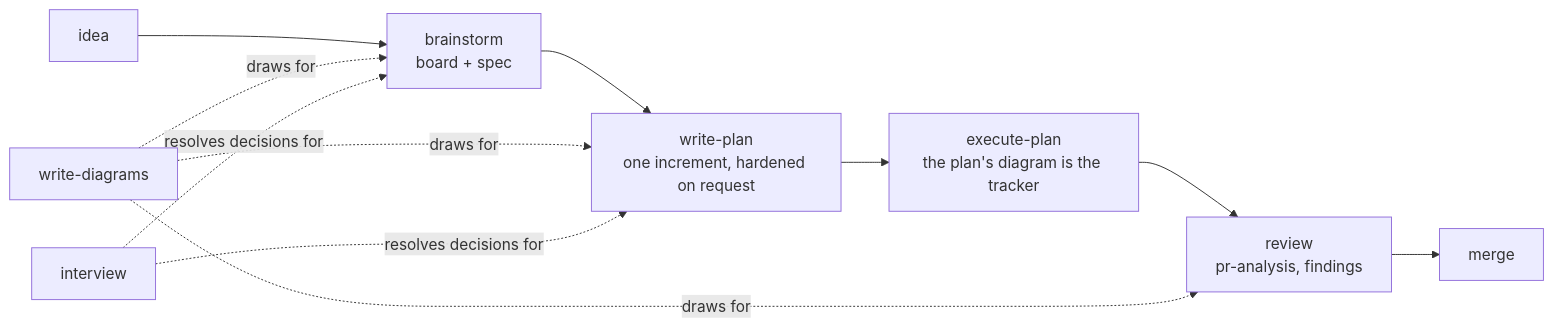
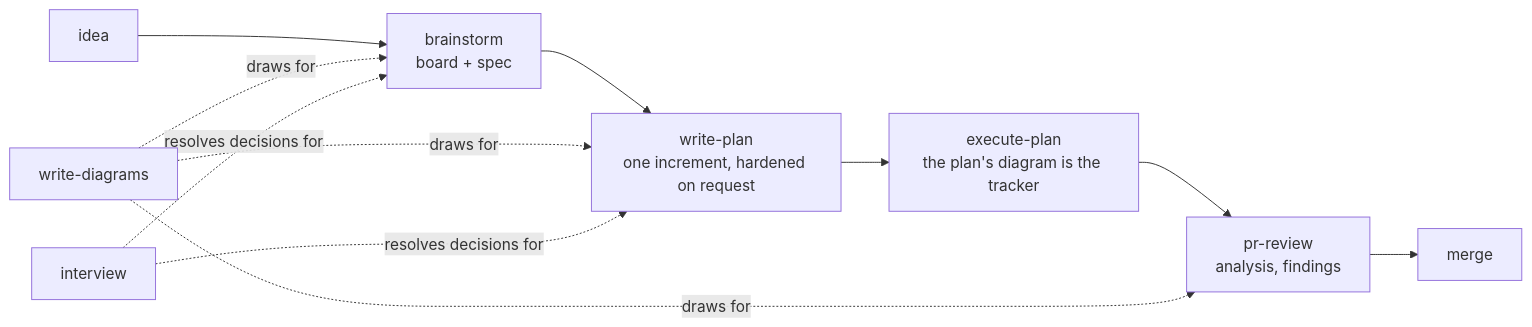
The diagram in README.md (Ovich/charrette), drawn with Mermaid before and after one commit. The commit also changed other lines of this file and 8 other files, not shown here.

````diff
--- a/README.md
+++ b/README.md
@@ -16,10 +16,10 @@
 ```mermaid
 flowchart LR
   I["idea"] --> B["brainstorm<br/>board + spec"]
   B --> P["write-plan<br/>one increment, hardened on request"]
   P --> E["execute-plan<br/>the plan's diagram is the tracker"]
-  E --> R["review<br/>pr-analysis, findings"]
+  E --> R["pr-review<br/>analysis, findings"]
   R --> M["merge"]
   D["write-diagrams"] -.->|draws for| B & P & R
   Q["interview"] -.->|resolves decisions for| B & P
 ```
````
